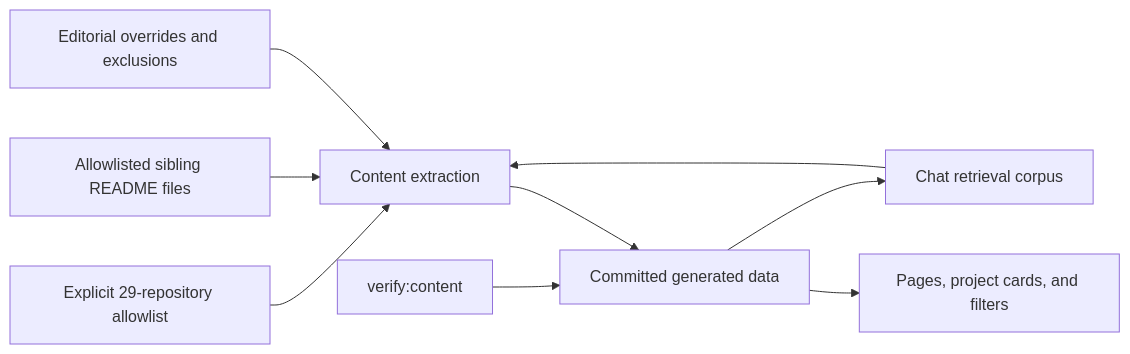
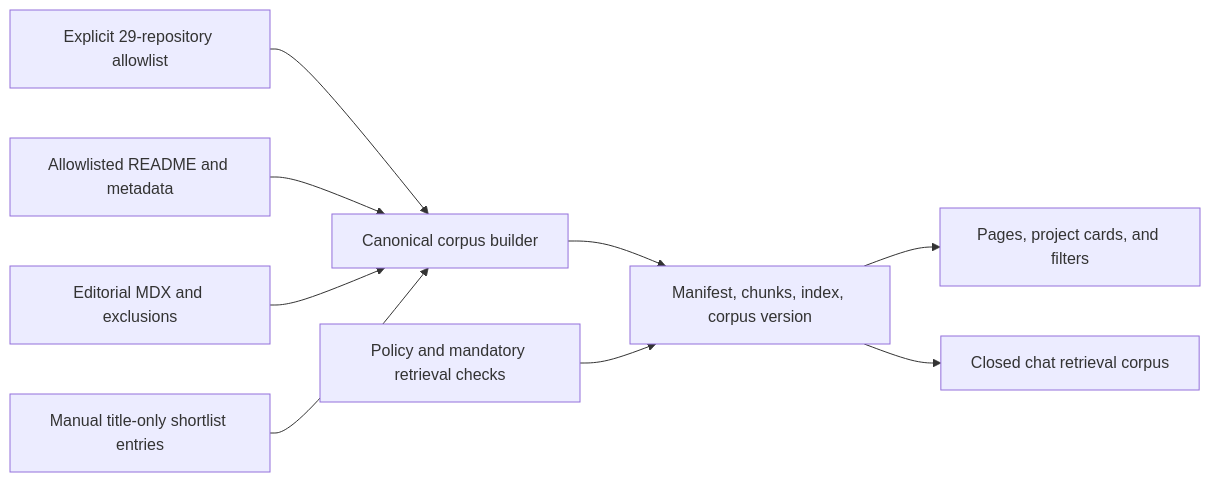
One commit to pxnkit/pankit-agent-systems changed the second of 2 diagrams in docs/architecture.md. Above: the diagram before and after it, drawn with Mermaid. The commit also changed other lines of this file and 78 other files, not shown here.

````diff
--- a/docs/architecture.md
+++ b/docs/architecture.md
@@ -53,11 +54,11 @@
 ```mermaid
 flowchart LR
-    L["Explicit 29-repository allowlist"] --> X["Content extraction"]
-    S["Allowlisted sibling README files"] --> X
-    E["Editorial overrides and exclusions"] --> X
+    L["Explicit 29-repository allowlist"] --> X["Canonical corpus builder"]
+    S["Allowlisted README and metadata"] --> X
+    E["Editorial MDX and exclusions"] --> X
     R["Manual title-only shortlist entries"] --> X
-    X --> J["Committed generated data"]
+    X --> J["Manifest, chunks, index, corpus version"]
     J --> U["Pages, project cards, and filters"]
-    J --> R["Chat retrieval corpus"]
-    Q["verify:content"] --> J
+    J --> C["Closed chat retrieval corpus"]
+    Q["Policy and mandatory retrieval checks"] --> J
 ```
````
